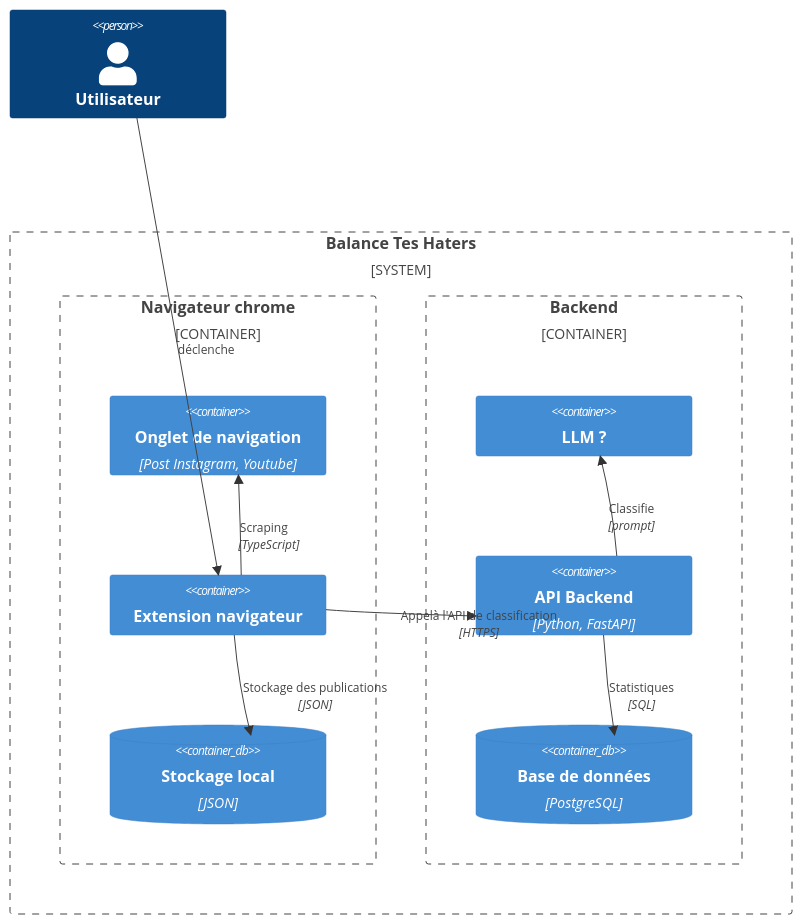
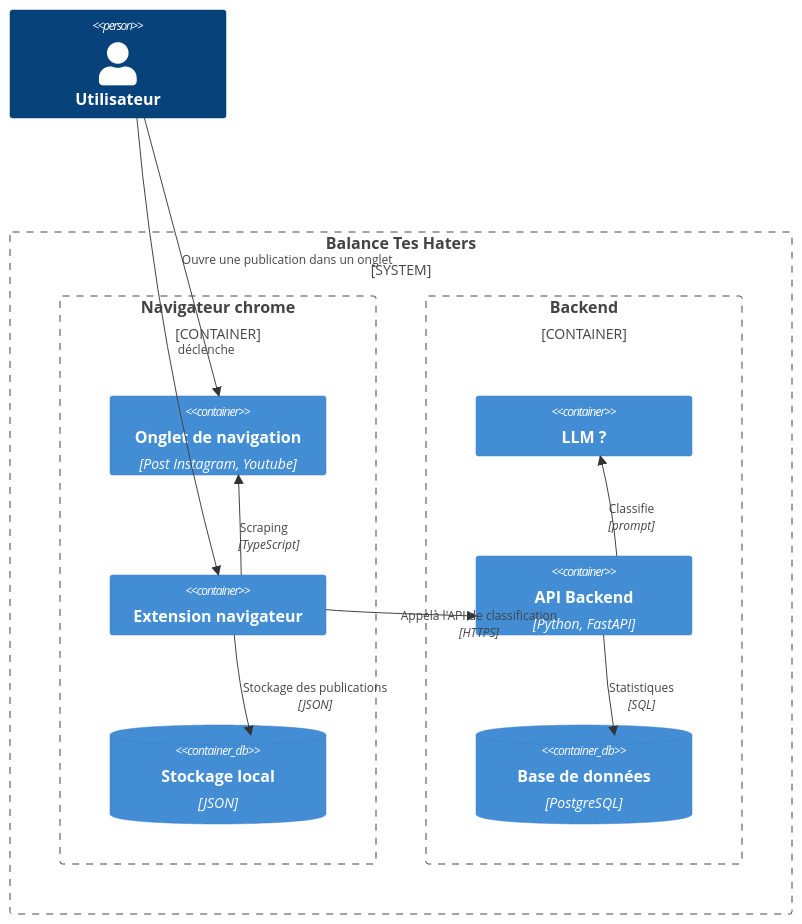
Before and after one commit to dataforgoodfr/14_BalanceTesHaters: the diagram in docs/architecture.md, drawn with Mermaid.

Commit message:
Ajout relation

````diff
--- a/docs/architecture.md
+++ b/docs/architecture.md
@@ -1,23 +1,24 @@
 ```mermaid
 C4Context
     Person(Utilisateur , "Utilisateur")    
     System_Boundary(c1, "Balance Tes Haters") {
         Container_Boundary(chrome,"Navigateur chrome") {
             Container(browserTab, "Onglet de navigation", "Post Instagram, Youtube")
             Container(web_extension, "Extension navigateur")
             ContainerDb(db_local, "Stockage local", "JSON")
         }
         Container_Boundary(c2, "Backend") {
             Container(llm, "LLM ?")
             Container(backend, "API Backend", "Python, FastAPI")
             ContainerDb(db, "Base de données", "PostgreSQL")
         }
     }
 
+    Rel(Utilisateur, browserTab, "Ouvre une publication dans un onglet")
     Rel(Utilisateur, web_extension, "déclenche")
     Rel(web_extension, backend, "Appelà l'API de classification", "HTTPS")
     Rel(backend, db, "Statistiques", "SQL")
     Rel(web_extension, browserTab, "Scraping", "TypeScript")
     Rel(web_extension, db_local, "Stockage des publications", "JSON")
     Rel(backend, llm, "Classifie", "prompt")
 ```
````
